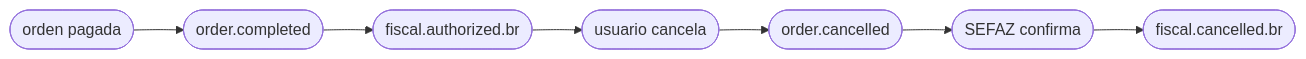
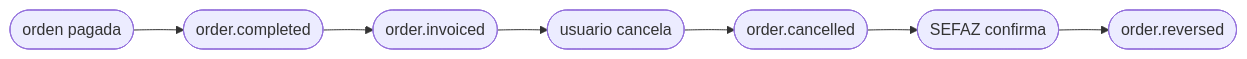
One commit to fire-rest/documentation changed the diagram in es/events-v0/order-cancelled.mdx. Above: the diagram before and after it, drawn with Mermaid. The commit also changed other lines of this file and 53 other files, not shown here.

````diff
--- a/es/events-v0/order-cancelled.mdx
+++ b/es/events-v0/order-cancelled.mdx
@@ -134,9 +134,9 @@
 ```mermaid
 flowchart LR
     A([orden pagada]) --> B([order.completed])
-    B --> C([fiscal.authorized.br])
+    B --> C([order.invoiced])
     C --> D([usuario cancela])
     D --> E([order.cancelled])
     E --> F([SEFAZ confirma])
-    F --> G([fiscal.cancelled.br])
+    F --> G([order.reversed])
 ```
````
